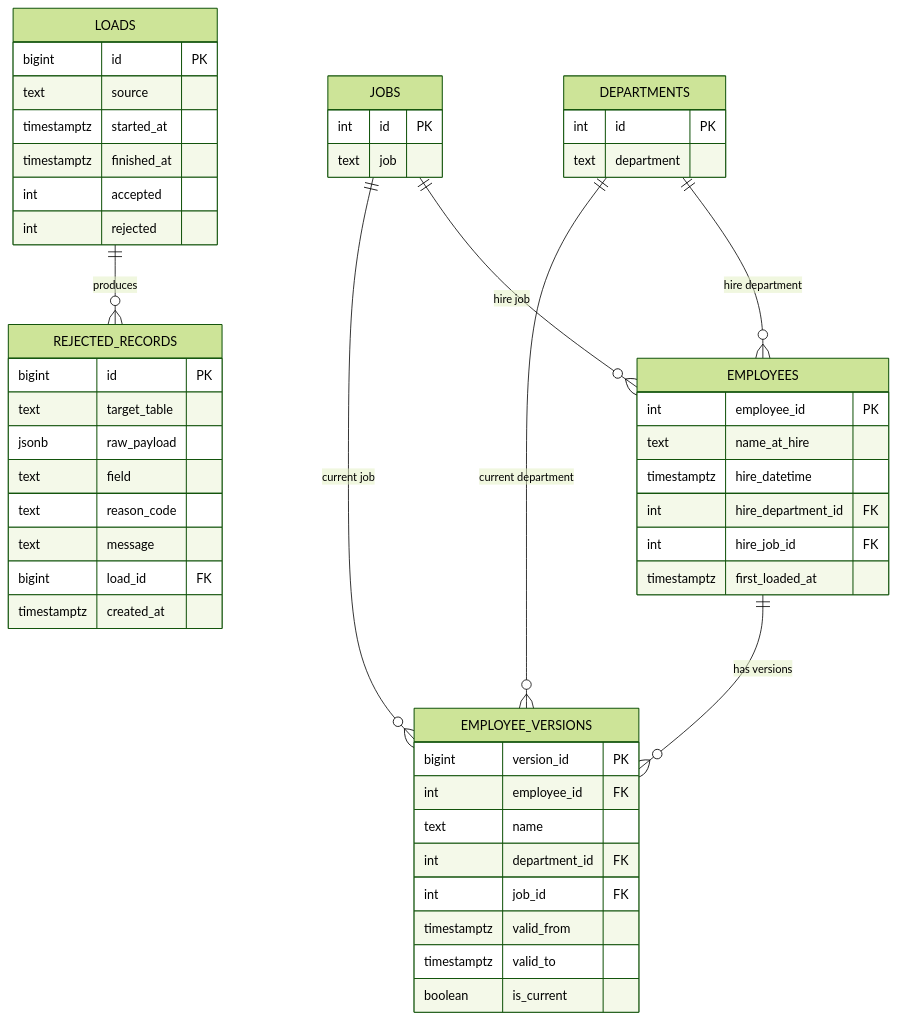
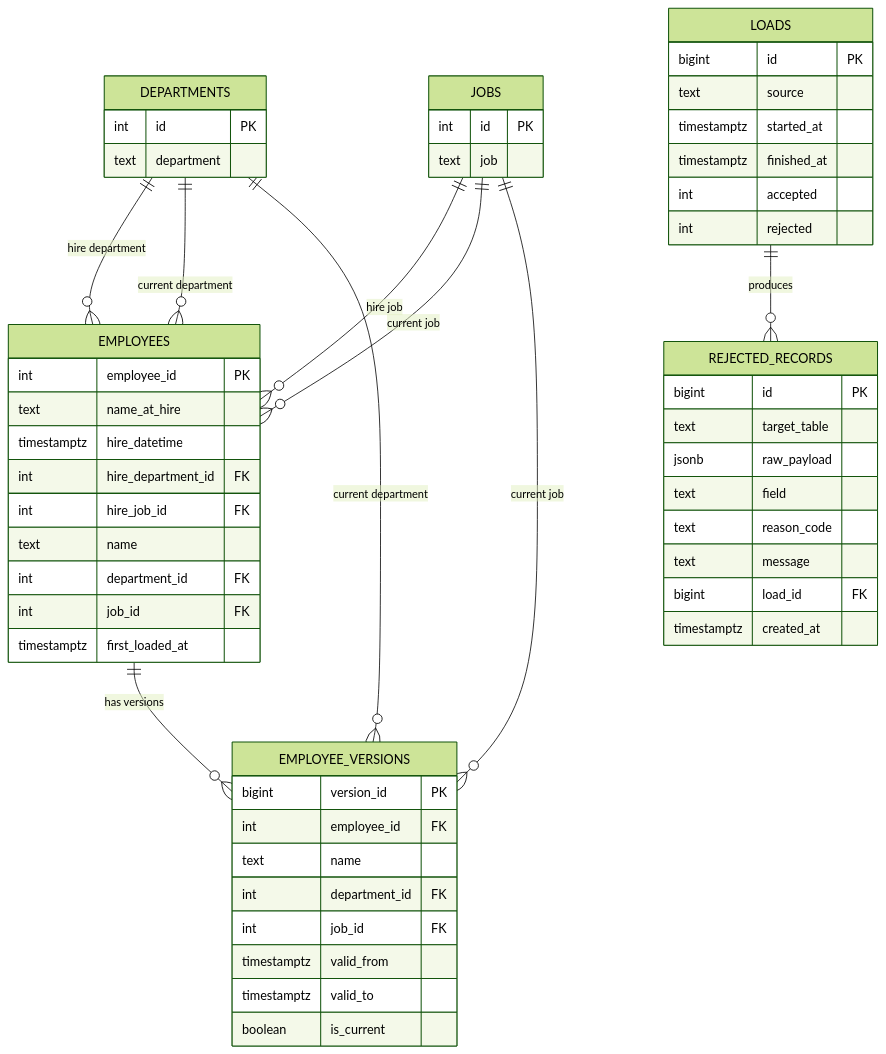
Before and after one commit to Pliperkiller/hiring-data-platform: the diagram in docs/DATA_MODEL.md, drawn with Mermaid (forest theme). The commit also changed other lines of this file and 2 other files, not shown here.

First line of the commit message:
docs: record the employees current-state design reversal

````diff
--- a/docs/DATA_MODEL.md
+++ b/docs/DATA_MODEL.md
@@ -8,54 +8,59 @@
 ```mermaid
 erDiagram
     DEPARTMENTS ||--o{ EMPLOYEES : "hire department"
     JOBS ||--o{ EMPLOYEES : "hire job"
+    DEPARTMENTS ||--o{ EMPLOYEES : "current department"
+    JOBS ||--o{ EMPLOYEES : "current job"
     EMPLOYEES ||--o{ EMPLOYEE_VERSIONS : "has versions"
     DEPARTMENTS ||--o{ EMPLOYEE_VERSIONS : "current department"
     JOBS ||--o{ EMPLOYEE_VERSIONS : "current job"
     LOADS ||--o{ REJECTED_RECORDS : "produces"
 
     DEPARTMENTS {
         int id PK
         text department
     }
     JOBS {
         int id PK
         text job
     }
     EMPLOYEES {
         int employee_id PK
         text name_at_hire
         timestamptz hire_datetime
         int hire_department_id FK
         int hire_job_id FK
+        text name
+        int department_id FK
+        int job_id FK
         timestamptz first_loaded_at
     }
     EMPLOYEE_VERSIONS {
         bigint version_id PK
         int employee_id FK
         text name
         int department_id FK
         int job_id FK
         timestamptz valid_from
         timestamptz valid_to
         boolean is_current
     }
     REJECTED_RECORDS {
         bigint id PK
         text target_table
         jsonb raw_payload
         text field
         text reason_code
         text message
         bigint load_id FK
         timestamptz created_at
     }
     LOADS {
         bigint id PK
         text source
         timestamptz started_at
         timestamptz finished_at
         int accepted
         int rejected
     }
 ```
````
